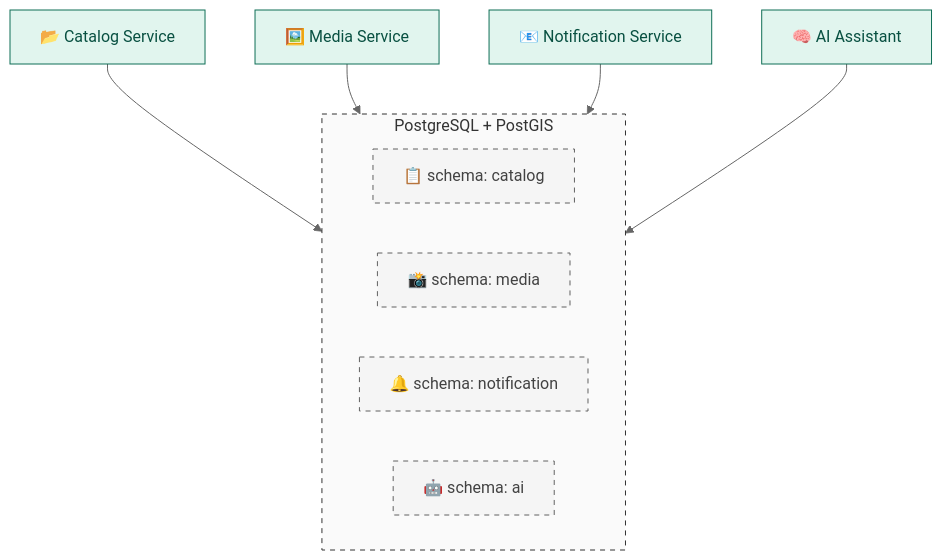
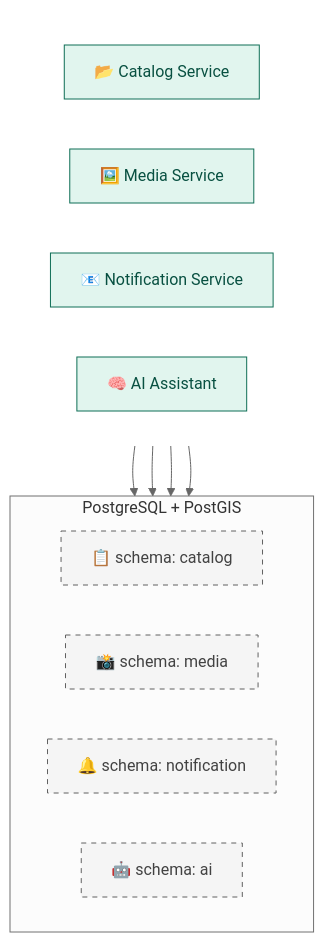
One commit to ldefrutos1/AI4Devs-finalproject changed the third of 19 diagrams in readme.md. Above: the diagram before and after it, drawn with Mermaid (neutral theme). The commit also changed other lines of this file and 7 other files, not shown here.

````diff
--- a/readme.md
+++ b/readme.md
@@ -416,28 +416,32 @@
 ```mermaid
 flowchart TB
     %% --- Estilos (Consistentes con los anteriores) ---
     classDef service fill:#E1F5EE,stroke:#0F6E56,stroke-width:1px,color:#085041;
     classDef db fill:#F5F5F5,stroke:#616161,stroke-width:1px,color:#424242,stroke-dasharray: 5 5;
-    classDef cluster fill:#FAFAFA,stroke:#333,stroke-width:1px,stroke-dasharray: 5 5;
 
-    %% --- Servicios (La capa de lógica) ---
-    CAT["📂 Catalog Service"]:::service
-    MED["🖼️ Media Service"]:::service
-    NS["📧 Notification Service"]:::service
-    AIS["🧠 AI Assistant"]:::service
+    %% --- Servicios (misma fila que los esquemas para alinear flechas) ---
+    subgraph svc[" "]
+        direction LR
+        CAT["📂 Catalog Service"]:::service
+        MED["🖼️ Media Service"]:::service
+        NS["📧 Notification Service"]:::service
+        AIS["🧠 AI Assistant"]:::service
+    end
 
-    %% --- Subgraph PostgreSQL (La capa de almacenamiento) ---
+    %% --- PostgreSQL: un esquema por servicio ---
     subgraph pg["PostgreSQL + PostGIS"]
         direction LR
         SCH_C["📋 schema: catalog"]:::db
         SCH_M["📸 schema: media"]:::db
         SCH_N["🔔 schema: notification"]:::db
         SCH_I["🤖 schema: ai"]:::db
     end
 
-    %% --- Relaciones (Unívocas) ---
+    %% --- Relaciones (entre subgrafos: flecha al nodo destino, no al contenedor) ---
     CAT --> SCH_C
     MED --> SCH_M
     NS --> SCH_N
     AIS --> SCH_I
+
+    style svc fill:none,stroke:none
 ```
````
